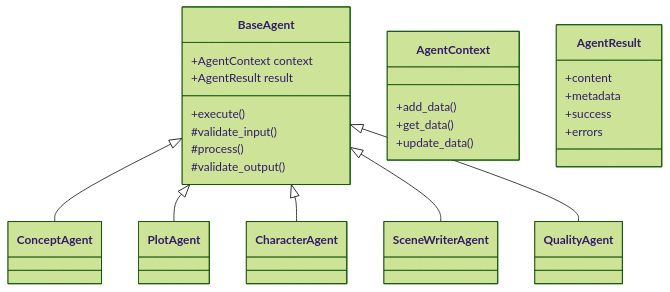
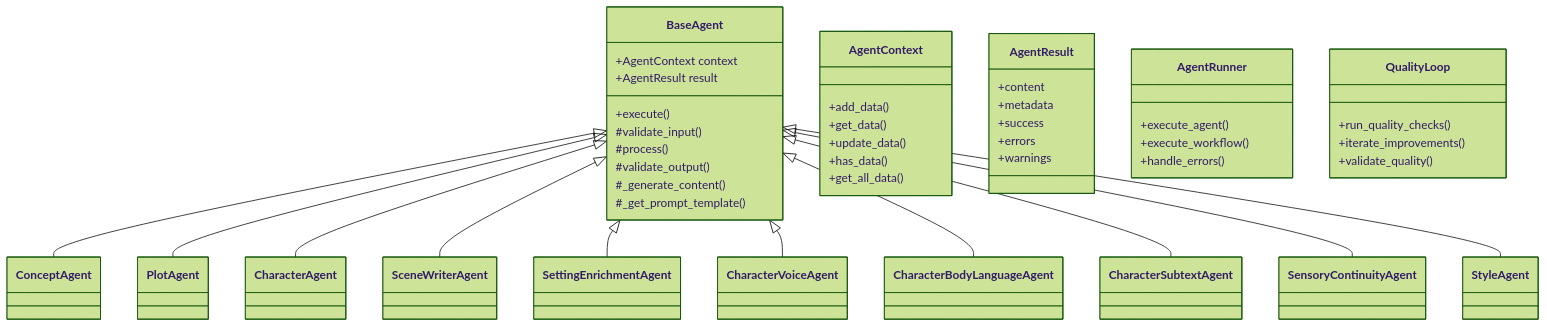
The first of 4 diagrams in Content/Architecture/Design/Agent-Architecture.md (tmcfar/plotweaver-docs), drawn with Mermaid (forest theme) before and after one commit. The commit also changed other lines of this file, not shown here.

First line of the commit message:
Based on the comprehensive update to the Agent-Architecture.md file, I'll generate a concise commit message that captures the essence of the changes:

````diff
--- a/Content/Architecture/Design/Agent-Architecture.md
+++ b/Content/Architecture/Design/Agent-Architecture.md
@@ -5,30 +7,52 @@
 ```mermaid
 classDiagram
     BaseAgent <|-- ConceptAgent
     BaseAgent <|-- PlotAgent
     BaseAgent <|-- CharacterAgent
     BaseAgent <|-- SceneWriterAgent
-    BaseAgent <|-- QualityAgent
+    BaseAgent <|-- SettingEnrichmentAgent
+    BaseAgent <|-- CharacterVoiceAgent
+    BaseAgent <|-- CharacterBodyLanguageAgent
+    BaseAgent <|-- CharacterSubtextAgent
+    BaseAgent <|-- SensoryContinuityAgent
+    BaseAgent <|-- StyleAgent
     
     class BaseAgent {
         +AgentContext context
         +AgentResult result
         +execute()
         #validate_input()
         #process()
         #validate_output()
+        #_generate_content()
+        #_get_prompt_template()
     }
 
     class AgentContext {
         +add_data()
         +get_data()
         +update_data()
+        +has_data()
+        +get_all_data()
     }
 
     class AgentResult {
         +content
         +metadata
         +success
         +errors
+        +warnings
+    }
+
+    class AgentRunner {
+        +execute_agent()
+        +execute_workflow()
+        +handle_errors()
+    }
+
+    class QualityLoop {
+        +run_quality_checks()
+        +iterate_improvements()
+        +validate_quality()
     }
 ```
````
